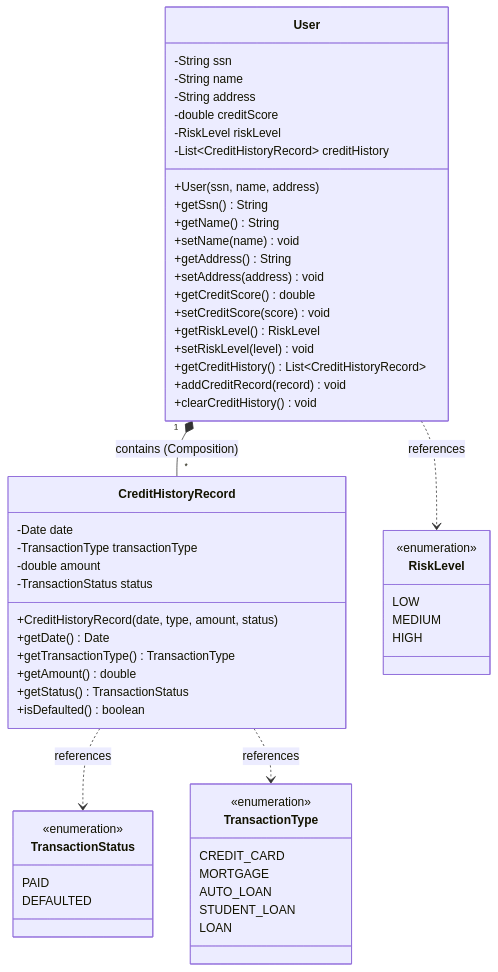
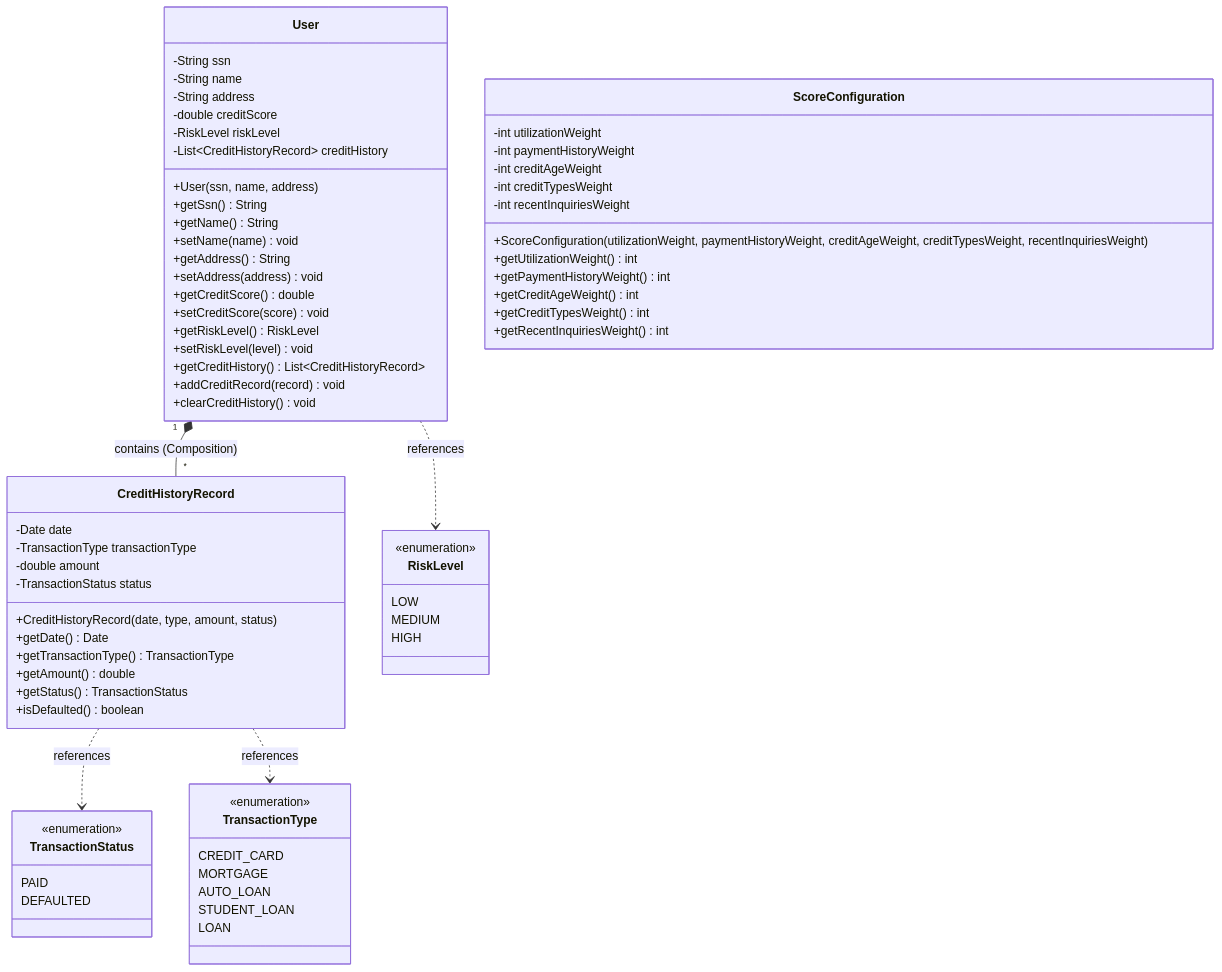
One commit to Pinkylml/CreditScoreManagement changed the diagram in docs/03_domain_model.md. Above: the diagram before and after it, drawn with Mermaid. The commit also changed other lines of this file and 2 other files, not shown here.

Commit message:
fixing the documentation and adding more

````diff
--- a/docs/03_domain_model.md
+++ b/docs/03_domain_model.md
@@ -11,65 +11,79 @@
 ```mermaid
 classDiagram
     class User {
         -String ssn
         -String name
         -String address
         -double creditScore
         -RiskLevel riskLevel
         -List~CreditHistoryRecord~ creditHistory
         +User(ssn, name, address)
         +getSsn() String
         +getName() String
         +setName(name) void
         +getAddress() String
         +setAddress(address) void
         +getCreditScore() double
         +setCreditScore(score) void
         +getRiskLevel() RiskLevel
         +setRiskLevel(level) void
         +getCreditHistory() List~CreditHistoryRecord~
         +addCreditRecord(record) void
         +clearCreditHistory() void
     }
 
     class CreditHistoryRecord {
         -Date date
         -TransactionType transactionType
         -double amount
         -TransactionStatus status
         +CreditHistoryRecord(date, type, amount, status)
         +getDate() Date
         +getTransactionType() TransactionType
         +getAmount() double
         +getStatus() TransactionStatus
         +isDefaulted() boolean
     }
 
+    class ScoreConfiguration {
+        -int utilizationWeight
+        -int paymentHistoryWeight
+        -int creditAgeWeight
+        -int creditTypesWeight
+        -int recentInquiriesWeight
+        +ScoreConfiguration(utilizationWeight, paymentHistoryWeight, creditAgeWeight, creditTypesWeight, recentInquiriesWeight)
+        +getUtilizationWeight() int
+        +getPaymentHistoryWeight() int
+        +getCreditAgeWeight() int
+        +getCreditTypesWeight() int
+        +getRecentInquiriesWeight() int
+    }
+
     class RiskLevel {
         <<enumeration>>
         LOW
         MEDIUM
         HIGH
     }
 
     class TransactionStatus {
         <<enumeration>>
         PAID
         DEFAULTED
     }
 
     class TransactionType {
         <<enumeration>>
         CREDIT_CARD
         MORTGAGE
         AUTO_LOAN
         STUDENT_LOAN
         LOAN
     }
 
     %% Aggregate Boundary and Relationships
     User "1" *-- "*" CreditHistoryRecord : contains (Composition)
     User ..> RiskLevel : references
     CreditHistoryRecord ..> TransactionStatus : references
     CreditHistoryRecord ..> TransactionType : references
 ```
````
